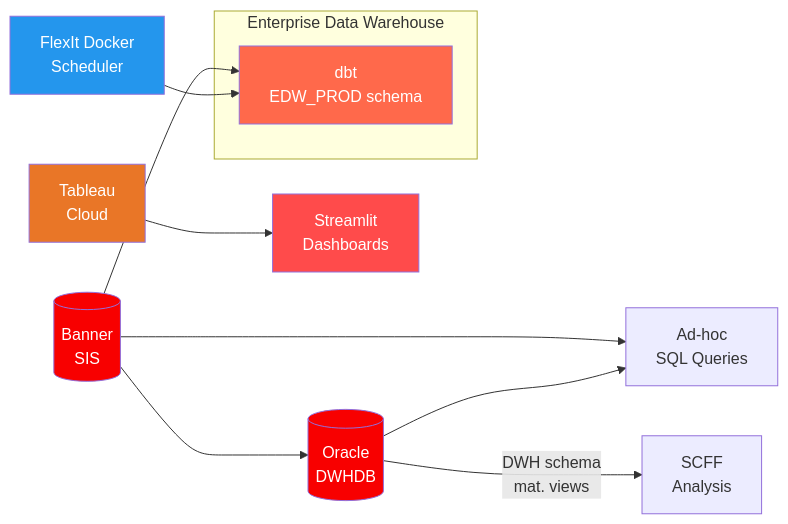
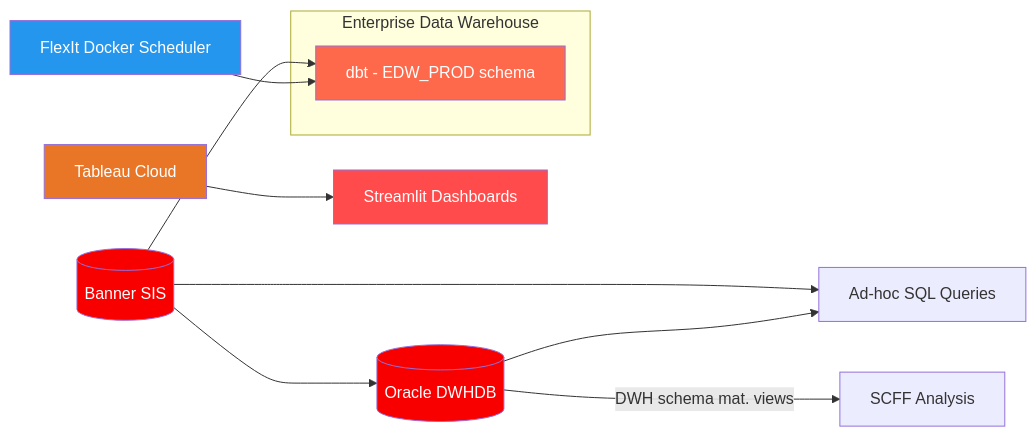
One commit to nocccd-data/.github changed the diagram in profile/README.md. Above: the diagram before and after it, drawn with Mermaid. The commit also changed other lines of this file, not shown here.

Commit message:
Fix profile README formatting: bulleted tech stack, remove \n from Mermaid labels

````diff
--- a/profile/README.md
+++ b/profile/README.md
@@ -17,24 +17,24 @@
 ```mermaid
 flowchart LR
-    Banner[(Banner\nSIS)] --> DWHDB[(Oracle\nDWHDB)]
-    Banner --> SQL["Ad-hoc\nSQL Queries"]
+    Banner[(Banner SIS)] --> DWHDB[(Oracle DWHDB)]
+    Banner --> SQL["Ad-hoc SQL Queries"]
     DWHDB --> SQL
 
     subgraph EDW["Enterprise Data Warehouse"]
-        dbt["dbt\nEDW_PROD schema"]
+        dbt["dbt - EDW_PROD schema"]
     end
 
     Banner --> dbt
-    FlexIt["FlexIt Docker\nScheduler"] --> dbt
+    FlexIt["FlexIt Docker Scheduler"] --> dbt
 
-    DWHDB -- "DWH schema\nmat. views" --> SCFF["SCFF\nAnalysis"]
+    DWHDB -- "DWH schema mat. views" --> SCFF["SCFF Analysis"]
 
-    Tableau["Tableau\nCloud"] --> Streamlit["Streamlit\nDashboards"]
+    Tableau["Tableau Cloud"] --> Streamlit["Streamlit Dashboards"]
 
     style Banner fill:#F80000,color:#fff
     style DWHDB fill:#F80000,color:#fff
     style dbt fill:#FF694B,color:#fff
     style Tableau fill:#E97627,color:#fff
     style Streamlit fill:#FF4B4B,color:#fff
     style FlexIt fill:#2496ED,color:#fff
 ```
````
